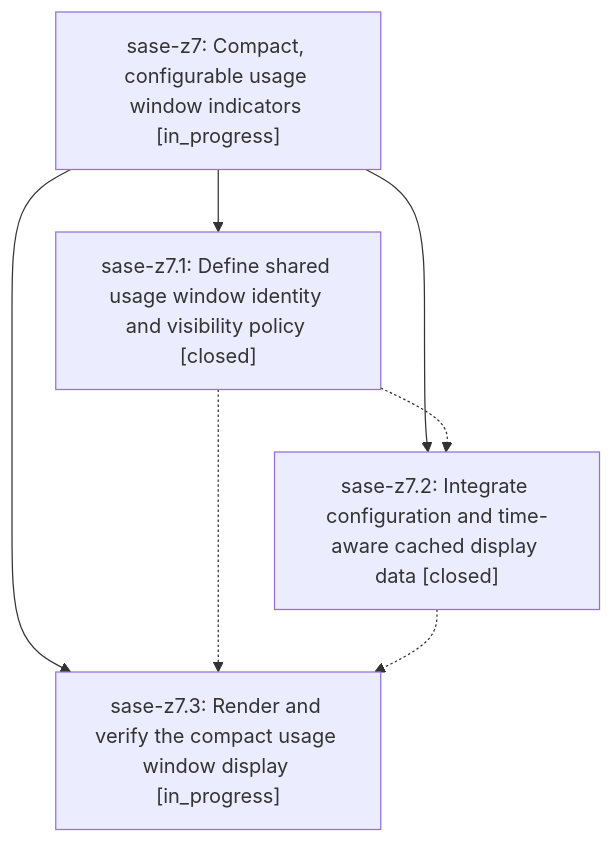
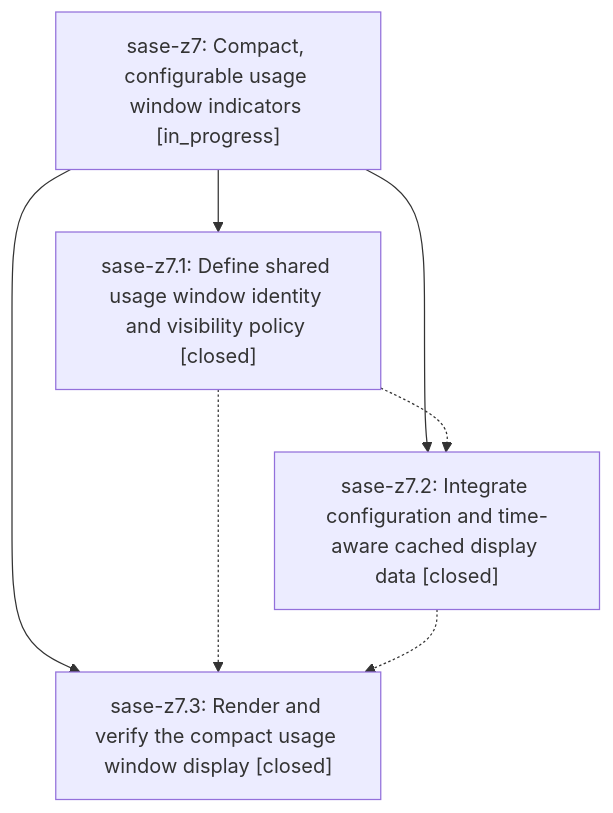
The diagram in pages/sase-z7/README.md (sase-org/sase--beads), drawn with Mermaid before and after one commit. The commit also changed other lines of this file and 3 other files, not shown here.

````diff
--- a/pages/sase-z7/README.md
+++ b/pages/sase-z7/README.md
@@ -36,13 +36,13 @@
 ```mermaid
 flowchart TD
     n0["sase-z7: Compact, configurable usage window indicators [in_progress]"]
     n1["sase-z7.1: Define shared usage window identity and visibility policy [closed]"]
     n2["sase-z7.2: Integrate configuration and time-aware cached display data [closed]"]
-    n3["sase-z7.3: Render and verify the compact usage window display [in_progress]"]
+    n3["sase-z7.3: Render and verify the compact usage window display [closed]"]
     n0 --> n1
     n0 --> n2
     n0 --> n3
     n1 -.-> n2
     n1 -.-> n3
     n2 -.-> n3
 ```
````
